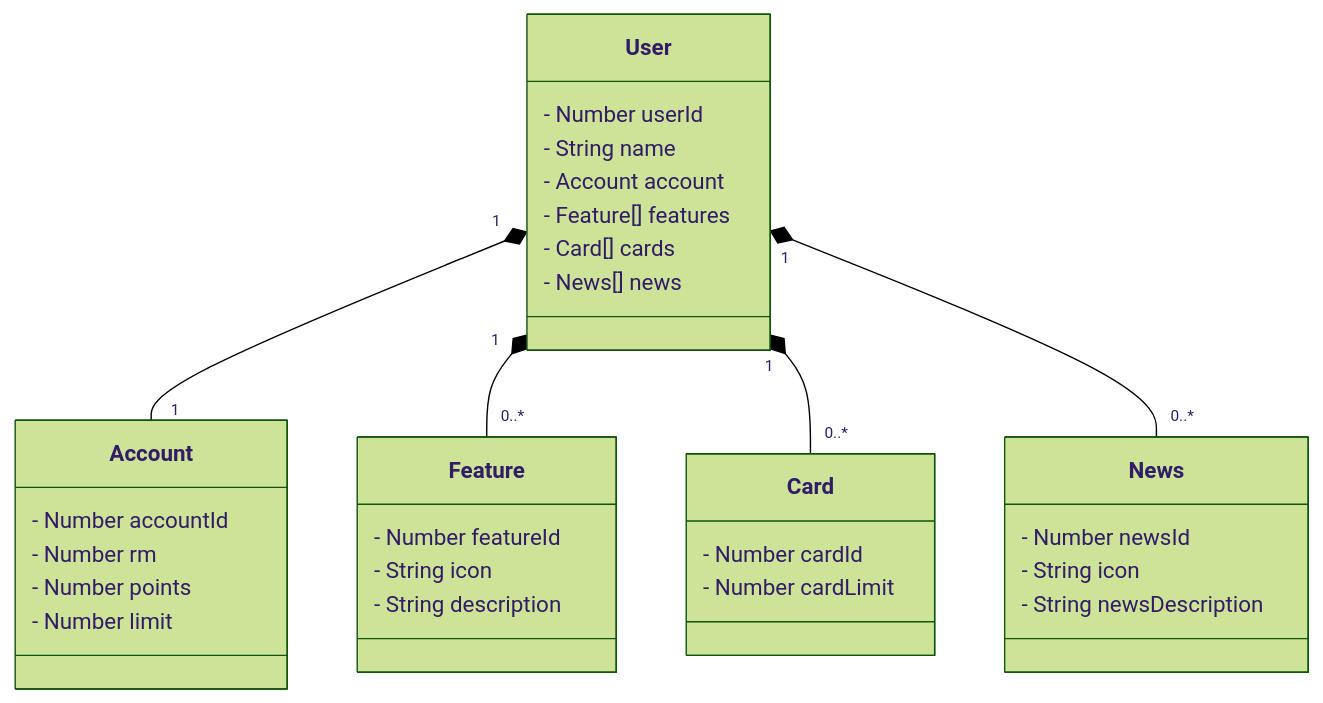
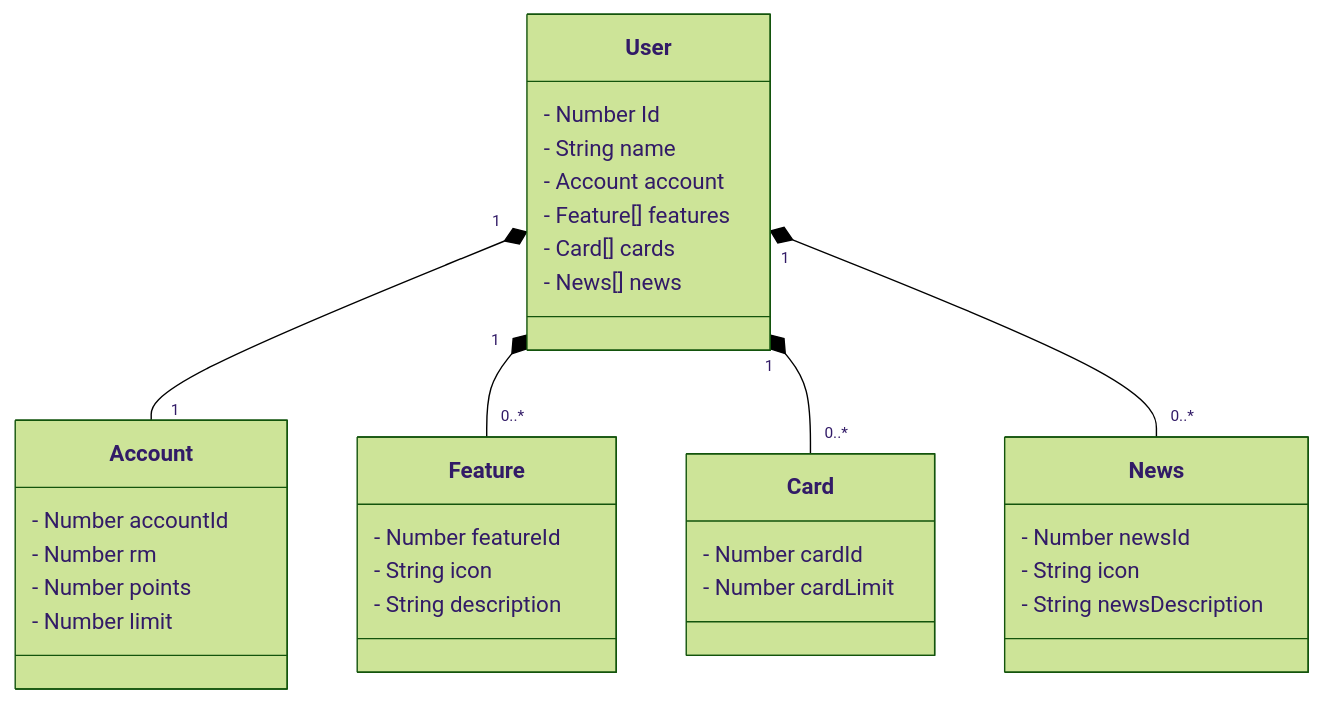
One commit to gusmaomath/banking-domain changed the diagram in README.md. Above: the diagram before and after it, drawn with Mermaid (forest theme). The commit also changed 11 other files, not shown here.

````diff
--- a/README.md
+++ b/README.md
@@ -19,40 +19,40 @@
 ```mermaid
 classDiagram
   class User {
-    - Number userId
+    - Number Id
     - String name
     - Account account
     - Feature[] features
     - Card[] cards
     - News[] news
   }
 
   class Account {
     - Number accountId
     - Number rm
     - Number points
     - Number limit
   }
 
   class Feature {
     - Number featureId
     - String icon
     - String description
   }
     
   class Card {
     - Number cardId
     - Number cardLimit
   }
     
   class News {
     - Number newsId
     - String icon
     - String newsDescription
   }
 
   User "1" *-- "1" Account
   User "1" *-- "0..*" Feature
   User "1" *-- "0..*" Card
   User "1" *-- "0..*" News
 ```
````
